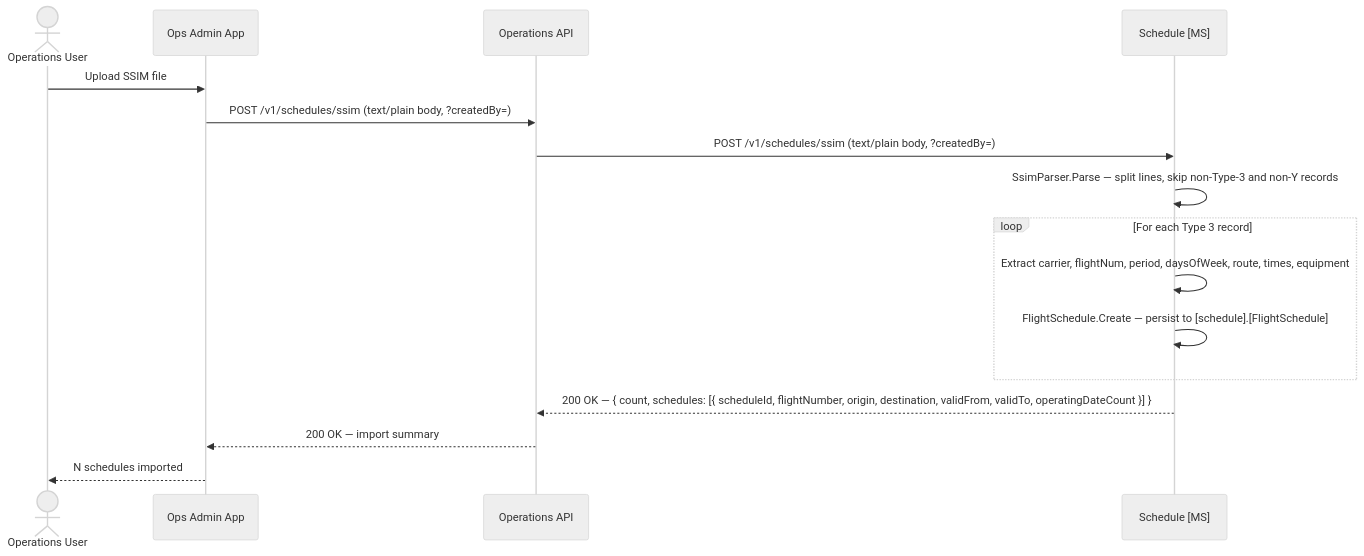
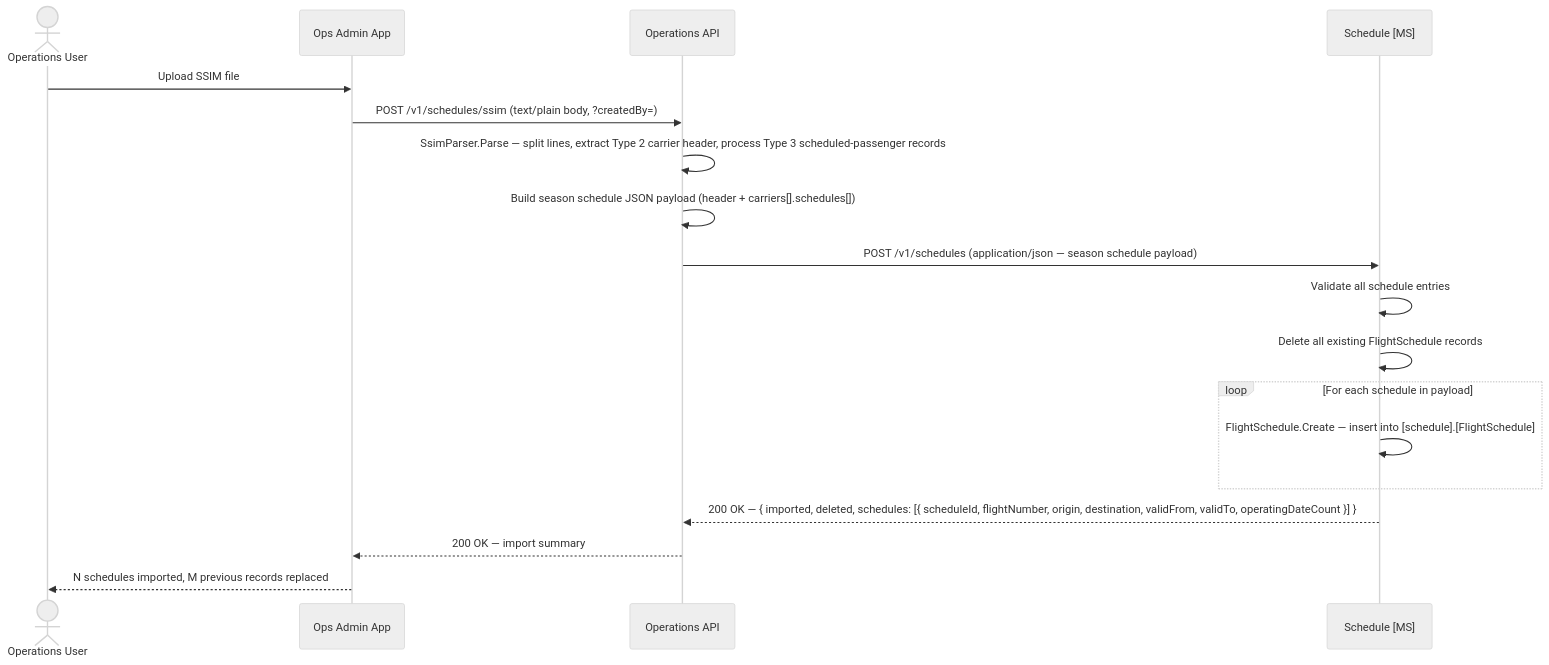
One commit to sebharvey/airline-reservation-system changed the diagram in documentation/design/schedule.md. Above: the diagram before and after it, drawn with Mermaid (neutral theme). The commit also changed other lines of this file and 32 other files, not shown here.

````diff
--- a/documentation/design/schedule.md
+++ b/documentation/design/schedule.md
@@ -183,19 +73,21 @@
 ```mermaid
 sequenceDiagram
     actor OpsUser as Operations User
     participant OpsApp as Ops Admin App
     participant OpsAPI as Operations API
     participant ScheduleMS as Schedule [MS]
 
     OpsUser->>OpsApp: Upload SSIM file
     OpsApp->>OpsAPI: POST /v1/schedules/ssim (text/plain body, ?createdBy=)
-    OpsAPI->>ScheduleMS: POST /v1/schedules/ssim (text/plain body, ?createdBy=)
-    ScheduleMS->>ScheduleMS: SsimParser.Parse — split lines, skip non-Type-3 and non-Y records
-    loop For each Type 3 record
-        ScheduleMS->>ScheduleMS: Extract carrier, flightNum, period, daysOfWeek, route, times, equipment
-        ScheduleMS->>ScheduleMS: FlightSchedule.Create — persist to [schedule].[FlightSchedule]
+    OpsAPI->>OpsAPI: SsimParser.Parse — split lines, extract Type 2 carrier header, process Type 3 scheduled-passenger records
+    OpsAPI->>OpsAPI: Build season schedule JSON payload (header + carriers[].schedules[])
+    OpsAPI->>ScheduleMS: POST /v1/schedules (application/json — season schedule payload)
+    ScheduleMS->>ScheduleMS: Validate all schedule entries
+    ScheduleMS->>ScheduleMS: Delete all existing FlightSchedule records
+    loop For each schedule in payload
+        ScheduleMS->>ScheduleMS: FlightSchedule.Create — insert into [schedule].[FlightSchedule]
     end
-    ScheduleMS-->>OpsAPI: 200 OK — { count, schedules: [{ scheduleId, flightNumber, origin, destination, validFrom, validTo, operatingDateCount }] }
+    ScheduleMS-->>OpsAPI: 200 OK — { imported, deleted, schedules: [{ scheduleId, flightNumber, origin, destination, validFrom, validTo, operatingDateCount }] }
     OpsAPI-->>OpsApp: 200 OK — import summary
-    OpsApp-->>OpsUser: N schedules imported
+    OpsApp-->>OpsUser: N schedules imported, M previous records replaced
 ```
````
